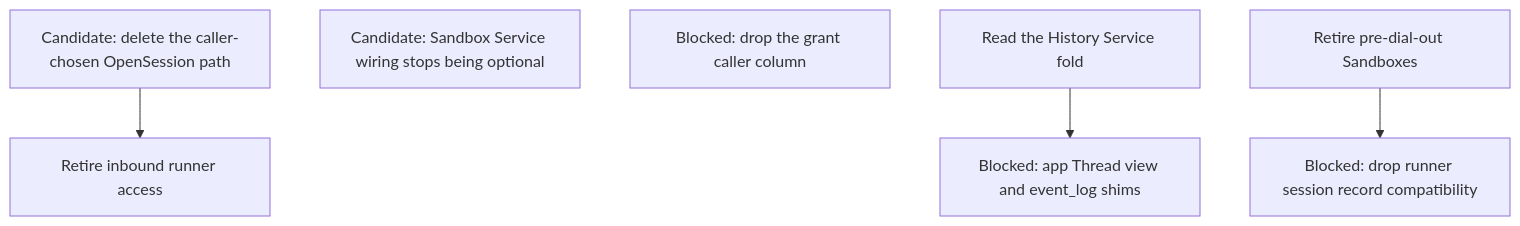
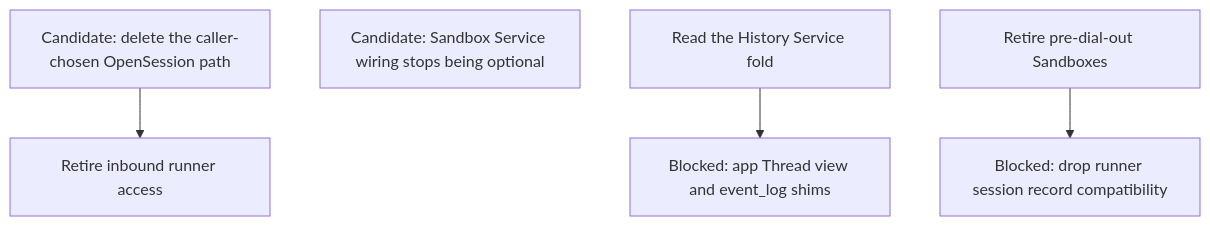
Diagram 11 of 11 in agentplane/plans/task_dag.md (agentydragon-agent/ducktape), drawn with Mermaid before and after one commit. The commit also changed other lines of this file and 11 other files, not shown here.

````diff
--- a/agentplane/plans/task_dag.md
+++ b/agentplane/plans/task_dag.md
@@ -1021,14 +1021,13 @@
 ```mermaid
 flowchart TD
     OPEN_SESSION_RETIRE[Candidate: delete the caller-chosen OpenSession path]
     SANDBOX_SERVICE_RESOURCES_REQUIRED[Candidate: Sandbox Service wiring stops being optional]
-    ACTION_GRANT_CALLER_DROP[Blocked: drop the grant caller column]
     APP_THREAD_VIEW_CLEANUP[Blocked: app Thread view and event_log shims]
     RUNNER_INBOUND_RETIRE[Retire inbound runner access]
     FOLD_READ_CUTOVER[Read the History Service fold]
     OPEN_SESSION_RETIRE --> RUNNER_INBOUND_RETIRE
     FOLD_READ_CUTOVER --> APP_THREAD_VIEW_CLEANUP
     RUNNER_SESSION_RECORD_SHIMS[Blocked: drop runner session record compatibility]
     LEGACY_SANDBOX_RETIRE[Retire pre-dial-out Sandboxes]
     LEGACY_SANDBOX_RETIRE --> RUNNER_SESSION_RECORD_SHIMS
 ```
````
